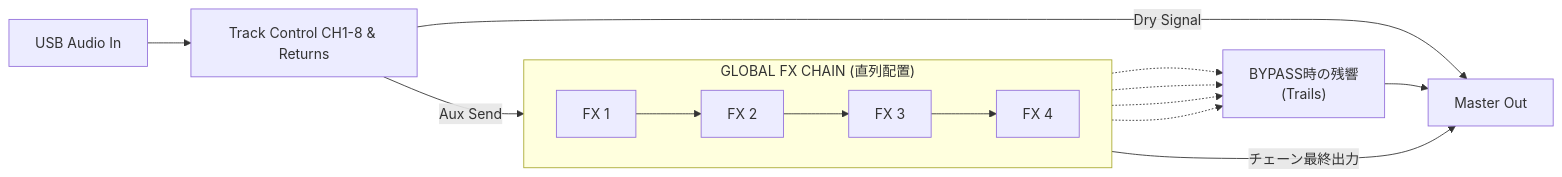
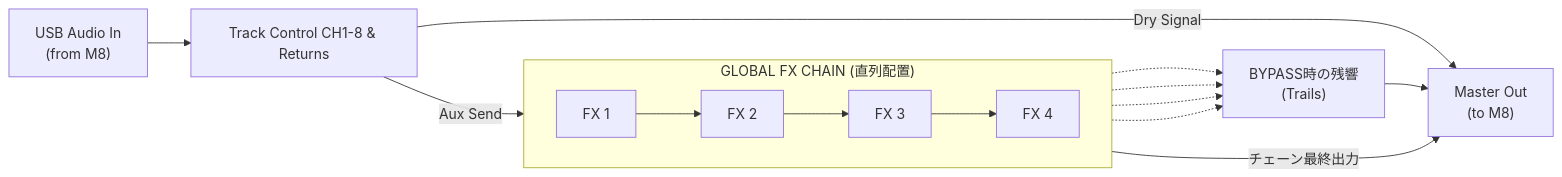
The diagram in index.md (ca5/m8fx_docs), drawn with Mermaid before and after one commit. The commit also changed other lines of this file and 1 other file, not shown here.

````diff
--- a/index.md
+++ b/index.md
@@ -58,23 +62,23 @@
 ```mermaid
 flowchart LR
-    USBIn[USB Audio In] --> Tracks[Track Control CH1-8 & Returns]
+    USBIn["USB Audio In<br>(from M8)"] --> Tracks[Track Control CH1-8 & Returns]
     
-    Tracks -- "Dry Signal" --> MasterOut[Master Out]
+    Tracks -- "Dry Signal" --> MasterOut["Master Out<br>(to M8)"]
     Tracks -- "Aux Send" --> FX1
     
     subgraph fxchain ["GLOBAL FX CHAIN (直列配置)"]
         direction LR
         FX1[FX 1] --> FX2[FX 2] --> FX3[FX 3] --> FX4[FX 4]
     end
     
     FX4 -- "チェーン最終出力" --> MasterOut
     
     TrailsMix["BYPASS時の残響<br>(Trails)"]
     
     FX1 -.-> TrailsMix
     FX2 -.-> TrailsMix
     FX3 -.-> TrailsMix
     FX4 -.-> TrailsMix
     
     TrailsMix --> MasterOut
 ```
````
